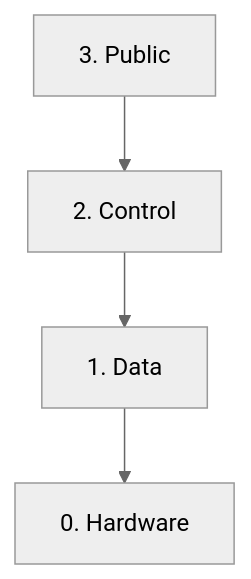
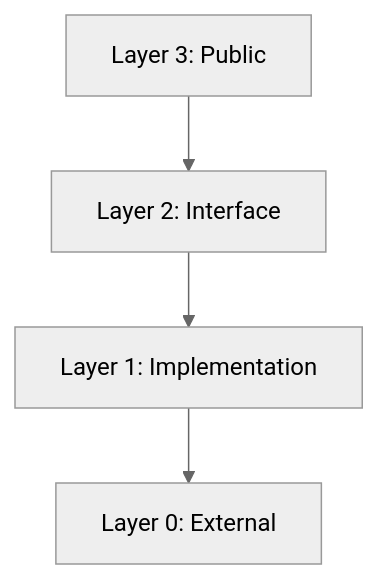
Before and after one commit to aidan-clyens/miniaudioengine: diagram 19 of 28 in docs/DESIGN_DOC.md, drawn with Mermaid (neutral theme). The commit also changed other lines of this file and 4 other files, not shown here.

````diff
--- a/docs/DESIGN_DOC.md
+++ b/docs/DESIGN_DOC.md
@@ -681,11 +715,11 @@
 ```mermaid
 graph TD
-    Public["3. Public"]
-    Control["2. Control"]
-    Data["1. Data"]
-    Hardware["0. Hardware"]
+    Layer3["Layer 3: Public"]
+    Layer2["Layer 2: Interface"]
+    Layer1["Layer 1: Implementation"]
+    Layer0["Layer 0: External"]
 
-    Public --> Control
-    Control --> Data
-    Data --> Hardware
+    Layer3 --> Layer2
+    Layer2 --> Layer1
+    Layer1 --> Layer0
 ```
````
